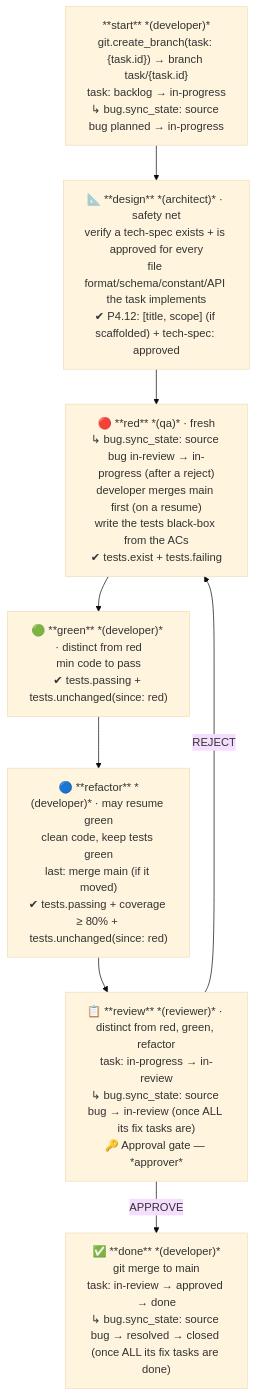
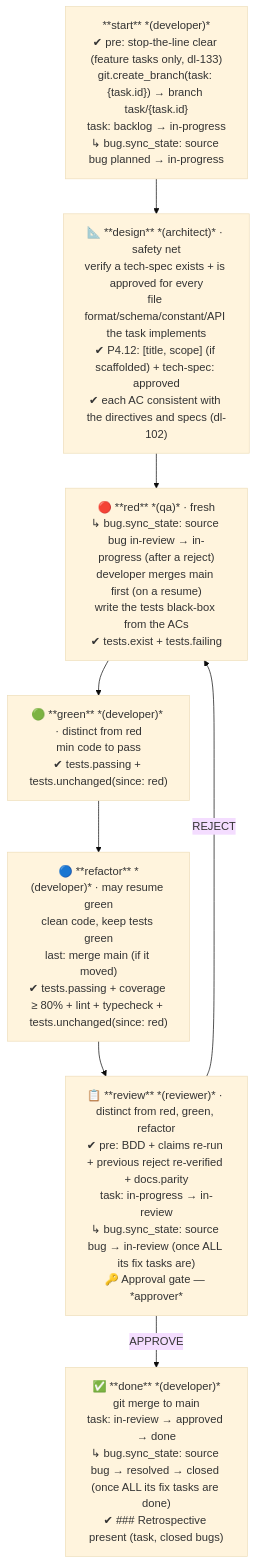
Before and after one commit to wingfoil/wingfoil: the ninth of 24 diagrams in .wingfoil/WORKFLOW.md, drawn with Mermaid (base theme). The commit also changed other lines of this file and 1 other file, not shown here.

Commit message:
docs(workflow): task-221 — WORKFLOW.md and the testing directive name the dev-loop v1.6 gates
AI-Model: claude-opus-5-5

````diff
--- a/.wingfoil/WORKFLOW.md
+++ b/.wingfoil/WORKFLOW.md
@@ -228,14 +236,14 @@
 ```mermaid
 flowchart TD
-    ST["**start** *(developer)*\ngit.create_branch(task: {task.id}) → branch task/{task.id}\ntask: backlog → in-progress\n↳ bug.sync_state: source bug planned → in-progress"]
-    DES["📐 **design** *(architect)* · safety net\nverify a tech-spec exists + is approved for every\nfile format/schema/constant/API the task implements\n✔ P4.12: [title, scope] (if scaffolded) + tech-spec: approved"]
+    ST["**start** *(developer)*\n✔ pre: stop-the-line clear (feature tasks only, dl-133)\ngit.create_branch(task: {task.id}) → branch task/{task.id}\ntask: backlog → in-progress\n↳ bug.sync_state: source bug planned → in-progress"]
+    DES["📐 **design** *(architect)* · safety net\nverify a tech-spec exists + is approved for every\nfile format/schema/constant/API the task implements\n✔ P4.12: [title, scope] (if scaffolded) + tech-spec: approved\n✔ each AC consistent with the directives and specs (dl-102)"]
     RED["🔴 **red** *(qa)* · fresh\n↳ bug.sync_state: source bug in-review → in-progress (after a reject)\ndeveloper merges main first (on a resume)\nwrite the tests black-box from the ACs\n✔ tests.exist + tests.failing"]
     GREEN["🟢 **green** *(developer)* · distinct from red\nmin code to pass\n✔ tests.passing + tests.unchanged(since: red)"]
-    REF["🔵 **refactor** *(developer)* · may resume green\nclean code, keep tests green\nlast: merge main (if it moved)\n✔ tests.passing + coverage ≥ 80% + tests.unchanged(since: red)"]
-    REV["📋 **review** *(reviewer)* · distinct from red, green, refactor\ntask: in-progress → in-review\n↳ bug.sync_state: source bug → in-review (once ALL its fix tasks are)\n🔑 Approval gate — *approver*"]
-    DONE["✅ **done** *(developer)*\ngit merge to main\ntask: in-review → approved → done\n↳ bug.sync_state: source bug → resolved → closed (once ALL its fix tasks are done)"]
+    REF["🔵 **refactor** *(developer)* · may resume green\nclean code, keep tests green\nlast: merge main (if it moved)\n✔ tests.passing + coverage ≥ 80% + lint + typecheck + tests.unchanged(since: red)"]
+    REV["📋 **review** *(reviewer)* · distinct from red, green, refactor\n✔ pre: BDD + claims re-run + previous reject re-verified + docs.parity\ntask: in-progress → in-review\n↳ bug.sync_state: source bug → in-review (once ALL its fix tasks are)\n🔑 Approval gate — *approver*"]
+    DONE["✅ **done** *(developer)*\ngit merge to main\ntask: in-review → approved → done\n↳ bug.sync_state: source bug → resolved → closed (once ALL its fix tasks are done)\n✔ ### Retrospective present (task, closed bugs)"]
 
     ST --> DES --> RED --> GREEN --> REF --> REV
     REV -->|APPROVE| DONE
     REV -->|REJECT| RED
 ```
````
